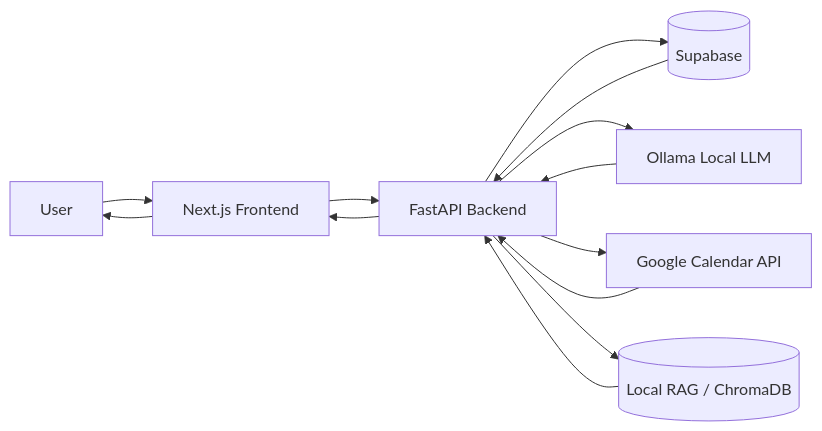
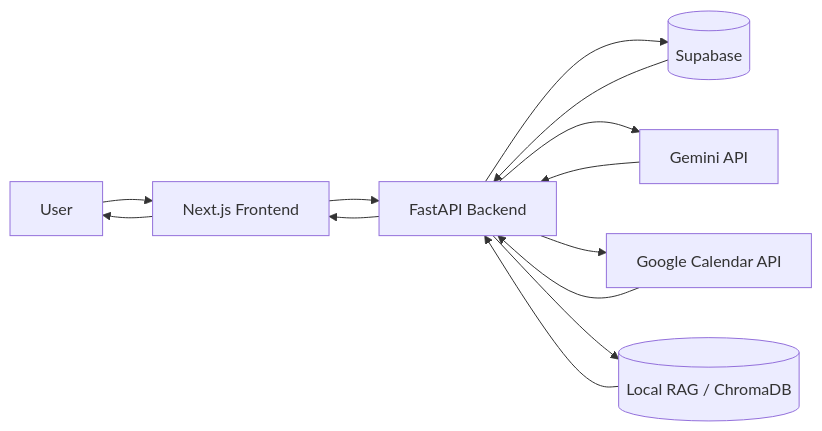
One commit to IamShauryaSuman/csis-smart-assist changed the diagram in README.md. Above: the diagram before and after it, drawn with Mermaid. The commit also changed other lines of this file and 32 other files, not shown here.

````diff
--- a/README.md
+++ b/README.md
@@ -148,15 +148,15 @@
 ```mermaid
 flowchart LR
     U[User] --> F[Next.js Frontend]
     F --> A[FastAPI Backend]
     A --> S[(Supabase)]
-    A --> O[Ollama Local LLM]
+  A --> G[Gemini API]
     A --> C[Google Calendar API]
     A --> R[(Local RAG / ChromaDB)]
     S --> A
-    O --> A
+  G --> A
     C --> A
     R --> A
     A --> F
     F --> U
 ```
````
